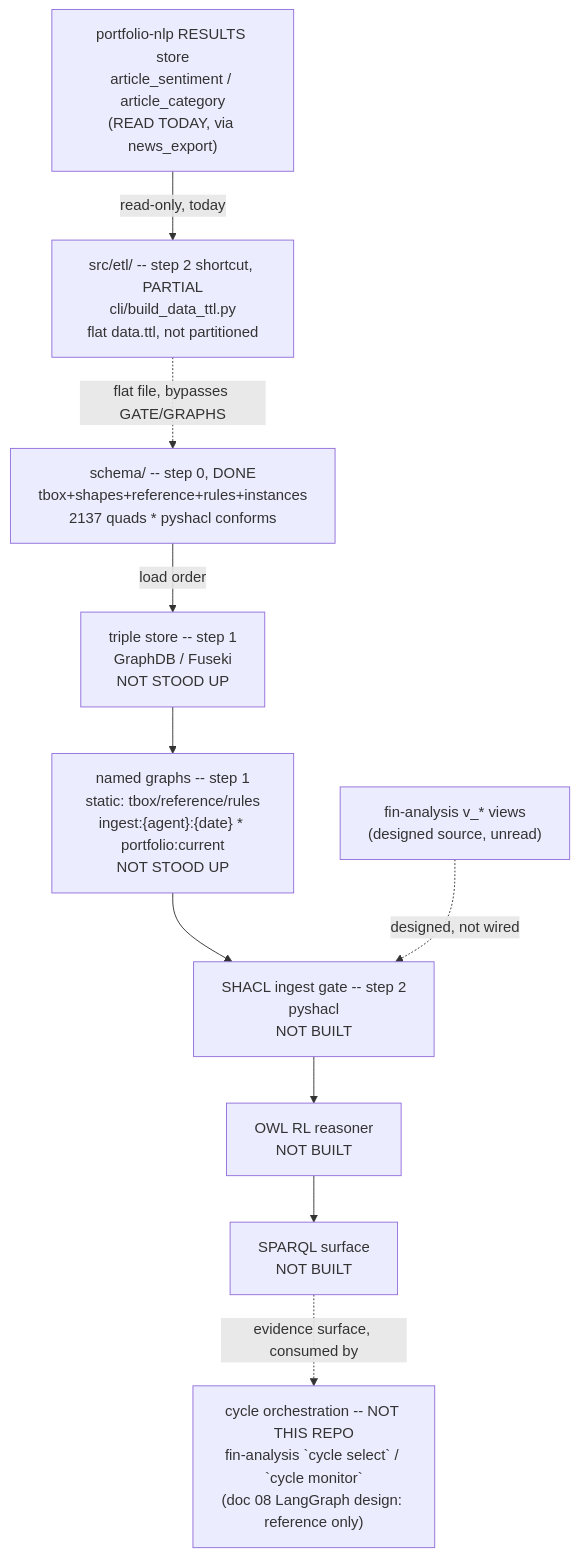
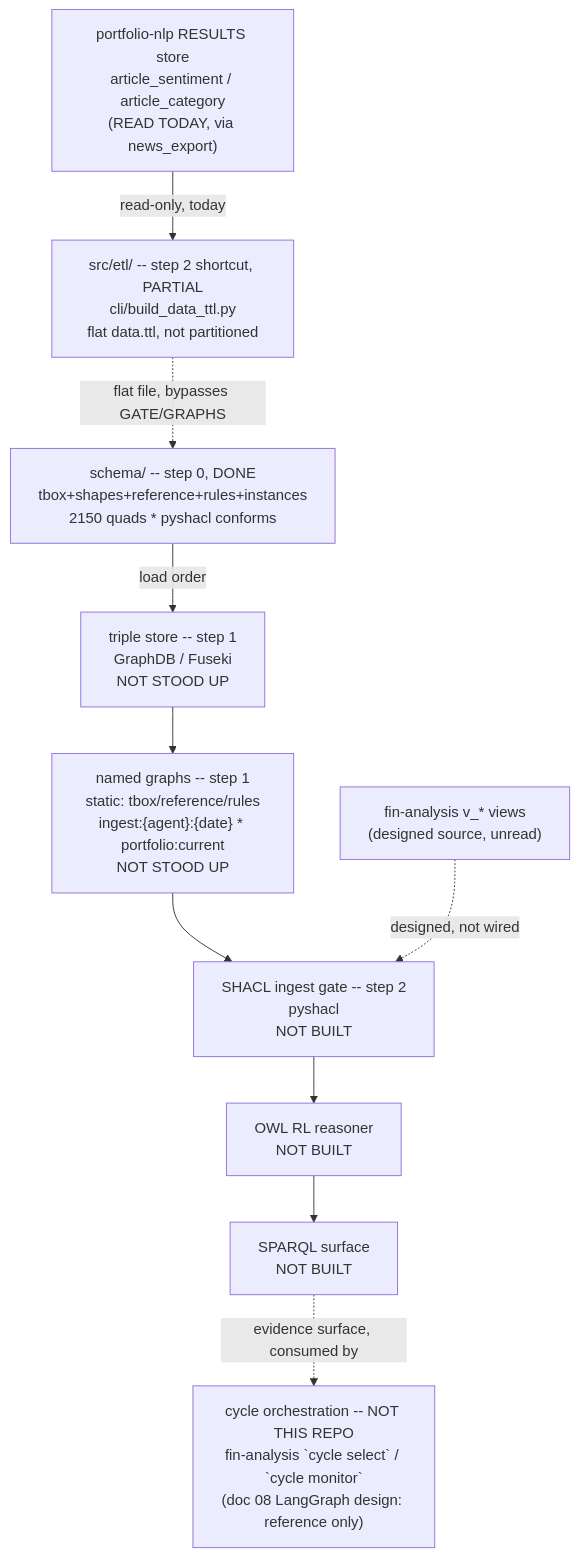
One commit to gamug/portfolio-knowledge-graph changed the diagram in .specify/memory/SPEC.md. Above: the diagram before and after it, drawn with Mermaid. The commit also changed other lines of this file and 11 other files, not shown here.

Commit message:
fix(schema): address PR #40 review — 17 shapes, optional computedOn, MEDIA deferred, run provenance, own graph, stale wording

````diff
--- a/.specify/memory/SPEC.md
+++ b/.specify/memory/SPEC.md
@@ -298,20 +298,20 @@
 ```mermaid
 flowchart TB
-    SCHEMA["schema/ -- step 0, DONE<br/>tbox+shapes+reference+rules+instances<br/>2137 quads * pyshacl conforms"]
+    SCHEMA["schema/ -- step 0, DONE<br/>tbox+shapes+reference+rules+instances<br/>2150 quads * pyshacl conforms"]
     STORE["triple store -- step 1<br/>GraphDB / Fuseki<br/>NOT STOOD UP"]
     GRAPHS["named graphs -- step 1<br/>static: tbox/reference/rules<br/>ingest:{agent}:{date} * portfolio:current<br/>NOT STOOD UP"]
     GATE["SHACL ingest gate -- step 2<br/>pyshacl<br/>NOT BUILT"]
     FIN["fin-analysis v_* views<br/>(designed source, unread)"]
     NLPRES["portfolio-nlp RESULTS store<br/>article_sentiment / article_category<br/>(READ TODAY, via news_export)"]
     ETL["src/etl/ -- step 2 shortcut, PARTIAL<br/>cli/build_data_ttl.py<br/>flat data.ttl, not partitioned"]
     REASON["OWL RL reasoner<br/>NOT BUILT"]
     SPARQL["SPARQL surface<br/>NOT BUILT"]
     AGENTS["cycle orchestration -- NOT THIS REPO<br/>fin-analysis `cycle select` / `cycle monitor`<br/>(doc 08 LangGraph design: reference only)"]
 
     SCHEMA -->|load order| STORE --> GRAPHS --> GATE
     FIN -.->|designed, not wired| GATE
     NLPRES -->|read-only, today| ETL
     ETL -.->|flat file, bypasses GATE/GRAPHS| SCHEMA
     GATE --> REASON --> SPARQL
     SPARQL -.->|evidence surface, consumed by| AGENTS
 ```
````
